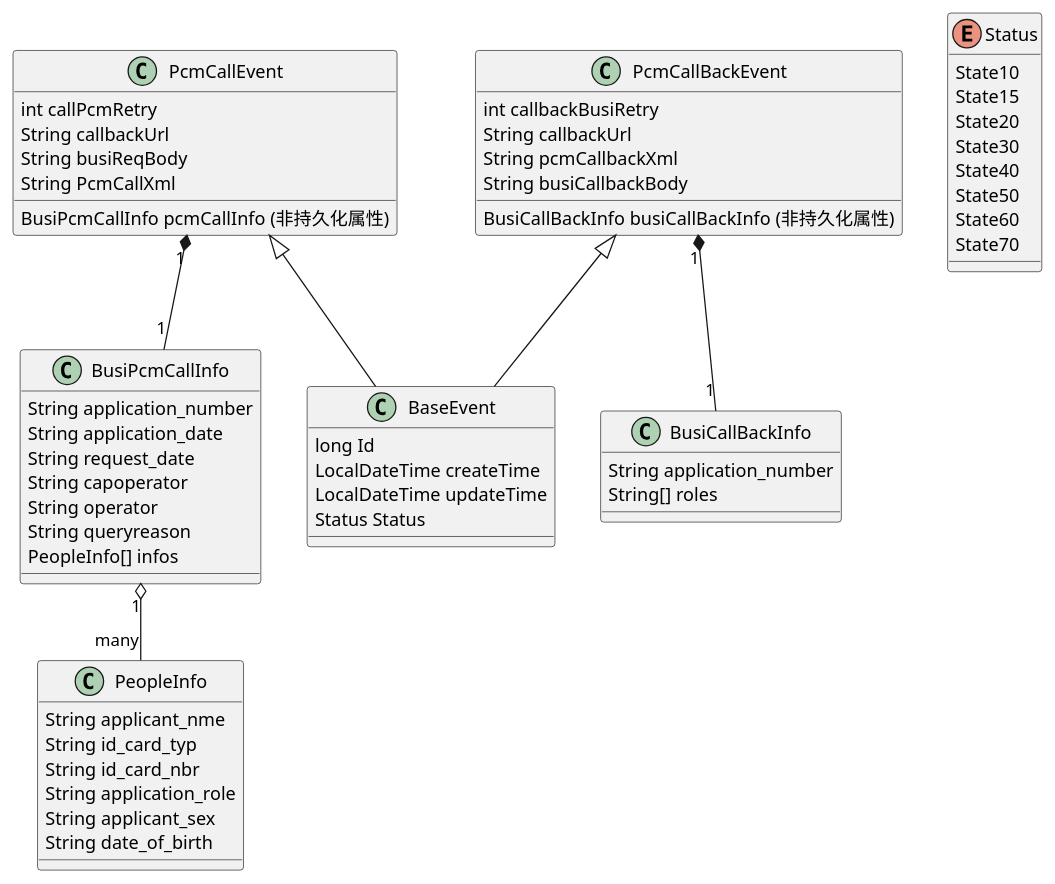
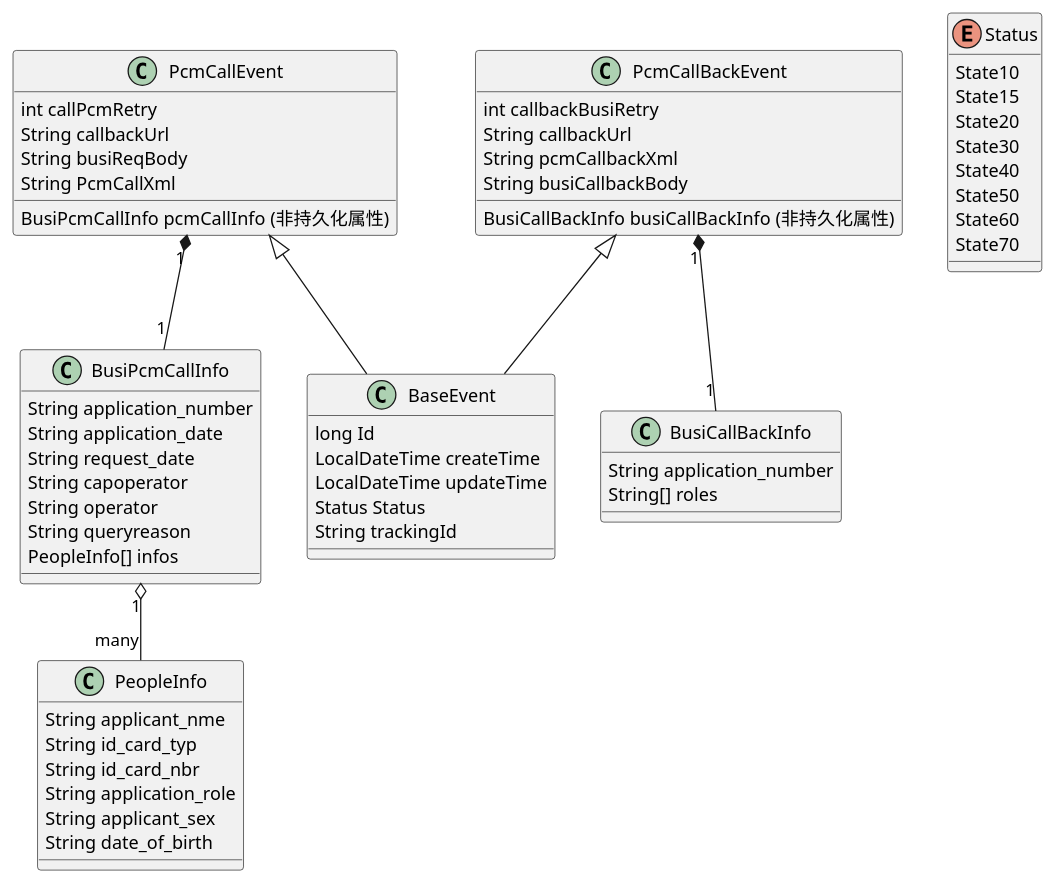
One commit to 0xff1234/xiaoshujiang changed the fourth of 5 diagrams in PcmDispatcher设计文档.md. Above: the diagram before and after it, drawn with PlantUML. The commit also changed other lines of this file, not shown here.

````diff
--- a/PcmDispatcher设计文档.md
+++ b/PcmDispatcher设计文档.md
@@ -146,68 +146,69 @@
 ``` plantuml!
 @startuml
 class BaseEvent {
   long Id
   LocalDateTime createTime
   LocalDateTime updateTime
   Status Status
+  String trackingId
 }
 
 class PcmCallEvent {
   int callPcmRetry
   String callbackUrl
   String busiReqBody
   String PcmCallXml
   BusiPcmCallInfo pcmCallInfo (非持久化属性)
 }
 
 class PcmCallBackEvent {
   int callbackBusiRetry
   String callbackUrl
   String pcmCallbackXml
   String busiCallbackBody
   BusiCallBackInfo busiCallBackInfo (非持久化属性)
 }
 
 class BusiCallBackInfo{
   String application_number
   String[] roles 
 }
 
 class BusiPcmCallInfo{
   String application_number
   String application_date
   String request_date
   String capoperator
   String operator
   String queryreason
   PeopleInfo[] infos 
 }
 
 class PeopleInfo{
   String applicant_nme
   String id_card_typ
   String id_card_nbr
   String application_role
   String applicant_sex
   String date_of_birth
 }
 
 BusiPcmCallInfo "1" o-- "many" PeopleInfo
 PcmCallEvent <|-- BaseEvent
 PcmCallEvent "1" *-- "1" BusiPcmCallInfo
 
 PcmCallBackEvent <|-- BaseEvent
 PcmCallBackEvent "1" *-- "1" BusiCallBackInfo
 
 enum Status {
   State10
   State15
   State20
   State30
   State40
   State50
   State60
   State70
 }
 @enduml
 ```
````
